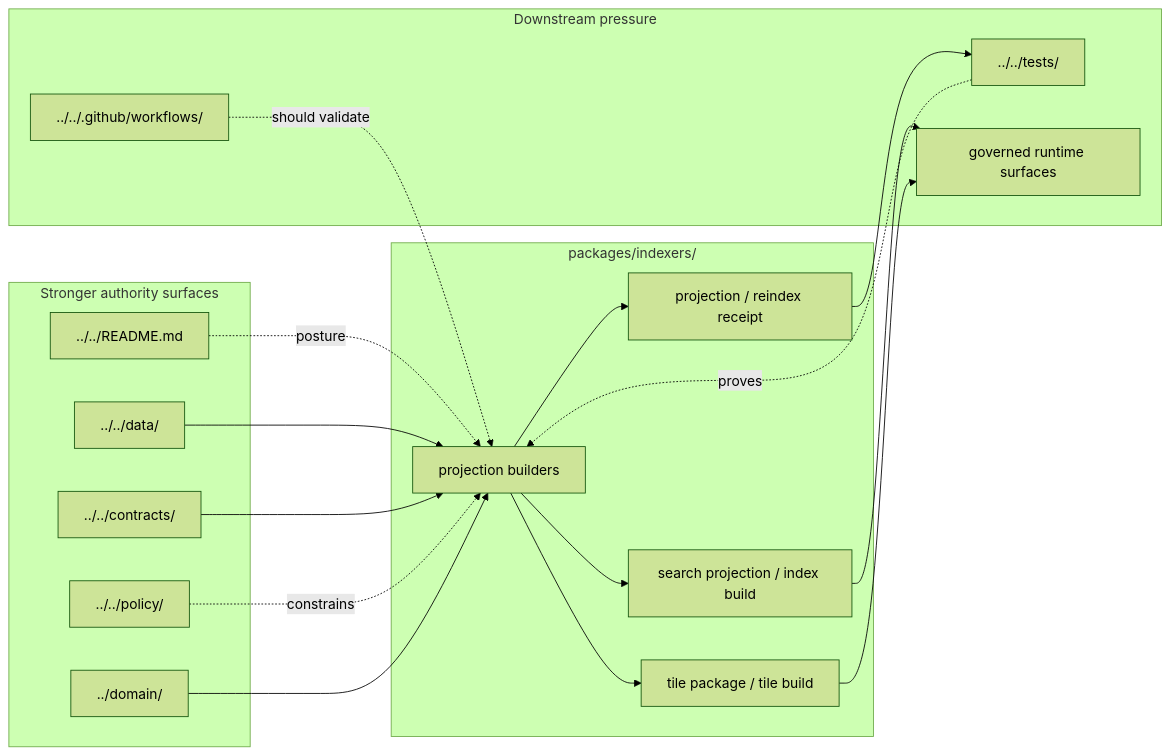
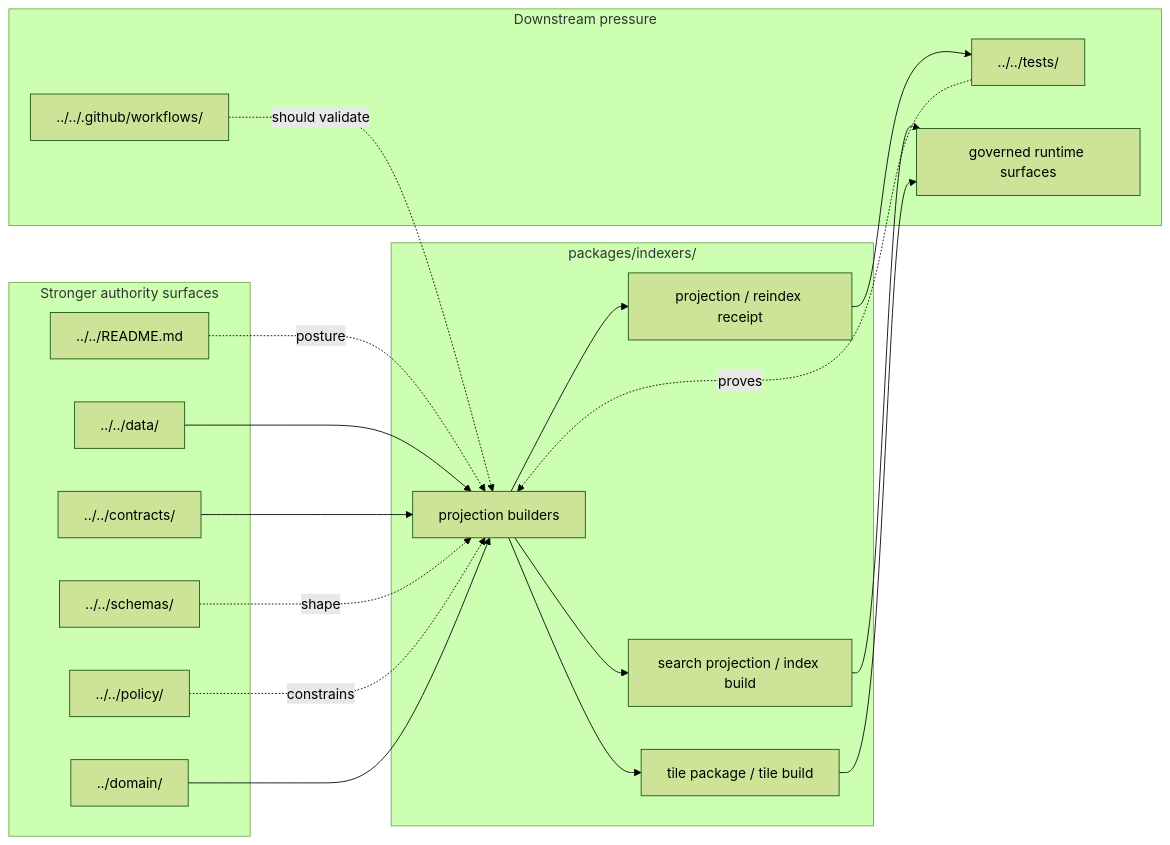
Before and after one commit to bartytime4life/Kansas-Frontier-Matrix: the diagram in packages/indexers/README.md, drawn with Mermaid (forest theme). The commit also changed other lines of this file, not shown here.

````diff
--- a/packages/indexers/README.md
+++ b/packages/indexers/README.md
@@ -235,39 +242,41 @@
 ```mermaid
 flowchart LR
   subgraph Authority["Stronger authority surfaces"]
     ROOT["../../README.md"]
     DATA["../../data/"]
     CONTRACTS["../../contracts/"]
+    SCHEMAS["../../schemas/"]
     POLICY["../../policy/"]
     DOMAIN["../domain/"]
   end
 
   subgraph IDX["packages/indexers/"]
     BUILD["projection builders"]
     SEARCH["search projection / index build"]
     TILE["tile package / tile build"]
     RECEIPT["projection / reindex receipt"]
   end
 
   subgraph Downstream["Downstream pressure"]
     TESTS["../../tests/"]
     GATES["../../.github/workflows/"]
     RUNTIME["governed runtime surfaces"]
   end
 
   ROOT -. posture .-> BUILD
   DATA --> BUILD
   CONTRACTS --> BUILD
+  SCHEMAS -. shape .-> BUILD
   POLICY -. constrains .-> BUILD
   DOMAIN --> BUILD
 
   BUILD --> SEARCH
   BUILD --> TILE
   BUILD --> RECEIPT
 
   SEARCH --> RUNTIME
   TILE --> RUNTIME
   RECEIPT --> TESTS
   TESTS -. proves .-> BUILD
   GATES -. should validate .-> BUILD
 ```
````
